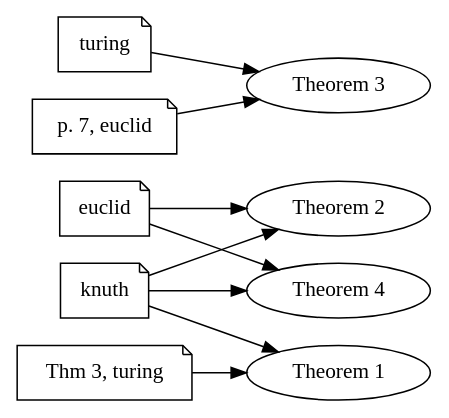
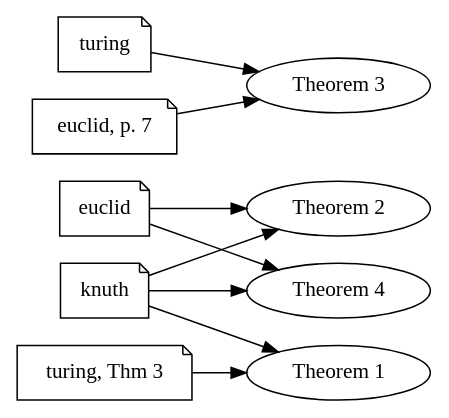
Before and after one commit to PierreSenellart/proofgraph: the diagram in examples/citecmds/reference.dot, drawn with Graphviz. The commit also changed 20 other files, not shown here.

```diff
--- a/examples/citecmds/reference.dot
+++ b/examples/citecmds/reference.dot
@@ -1,20 +1,20 @@
 digraph proofgraph {
   rankdir="LR";
   "n4" [label="Theorem 4"];
   "n3" [label="Theorem 3"];
   "n2" [label="Theorem 2"];
   "n1" [label="Theorem 1"];
   "c@1" [label="knuth",shape=note];
   "c@1" -> "n1";
-  "c@2" [label="Thm 3, turing",shape=note];
+  "c@2" [label="turing, Thm 3",shape=note];
   "c@2" -> "n1";
   "c@3" [label="euclid",shape=note];
   "c@3" -> "n2";
   "c@1" -> "n2";
   "c@4" [label="turing",shape=note];
   "c@4" -> "n3";
-  "c@5" [label="p. 7, euclid",shape=note];
+  "c@5" [label="euclid, p. 7",shape=note];
   "c@5" -> "n3";
   "c@3" -> "n4";
   "c@1" -> "n4";
 }
```
